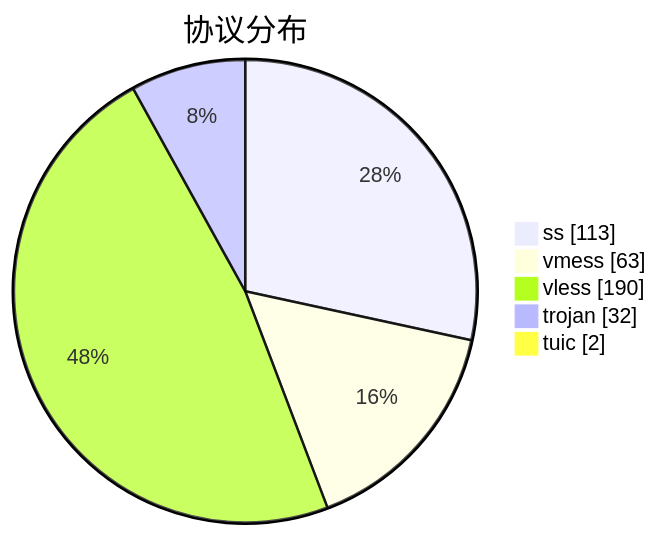
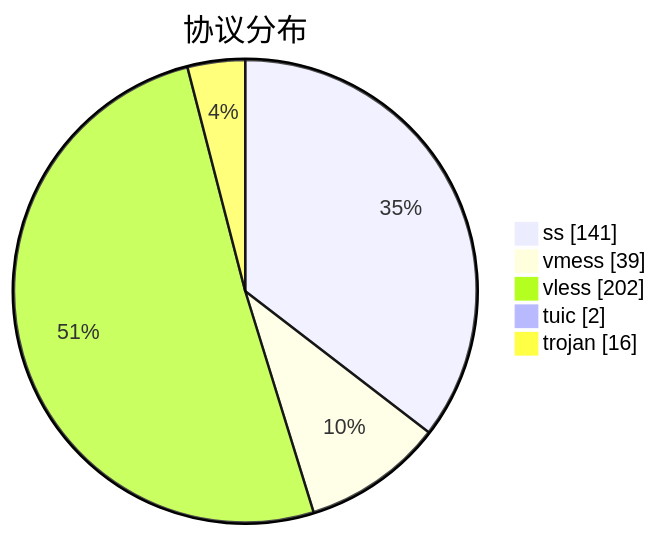
One commit to qjlxg/airport changed the third of 3 diagrams in subs/statistics/tested_within.md. Above: the diagram before and after it, drawn with Mermaid. The commit also changed other lines of this file and 2 other files, not shown here.

````diff
--- a/subs/statistics/tested_within.md
+++ b/subs/statistics/tested_within.md
@@ -36,9 +34,9 @@
 ```mermaid
 pie showData
 title 协议分布
-"ss" : 113
-"vmess" : 63
-"vless" : 190
-"trojan" : 32
+"ss" : 141
+"vmess" : 39
+"vless" : 202
 "tuic" : 2
+"trojan" : 16
 ```
````
